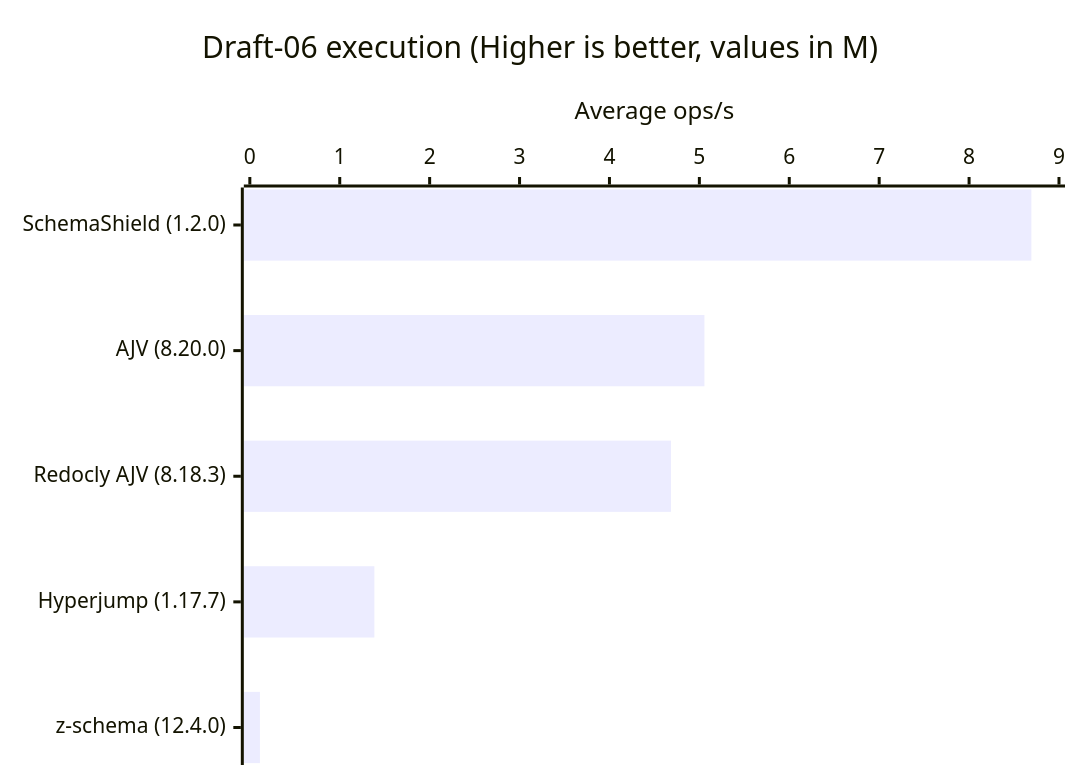
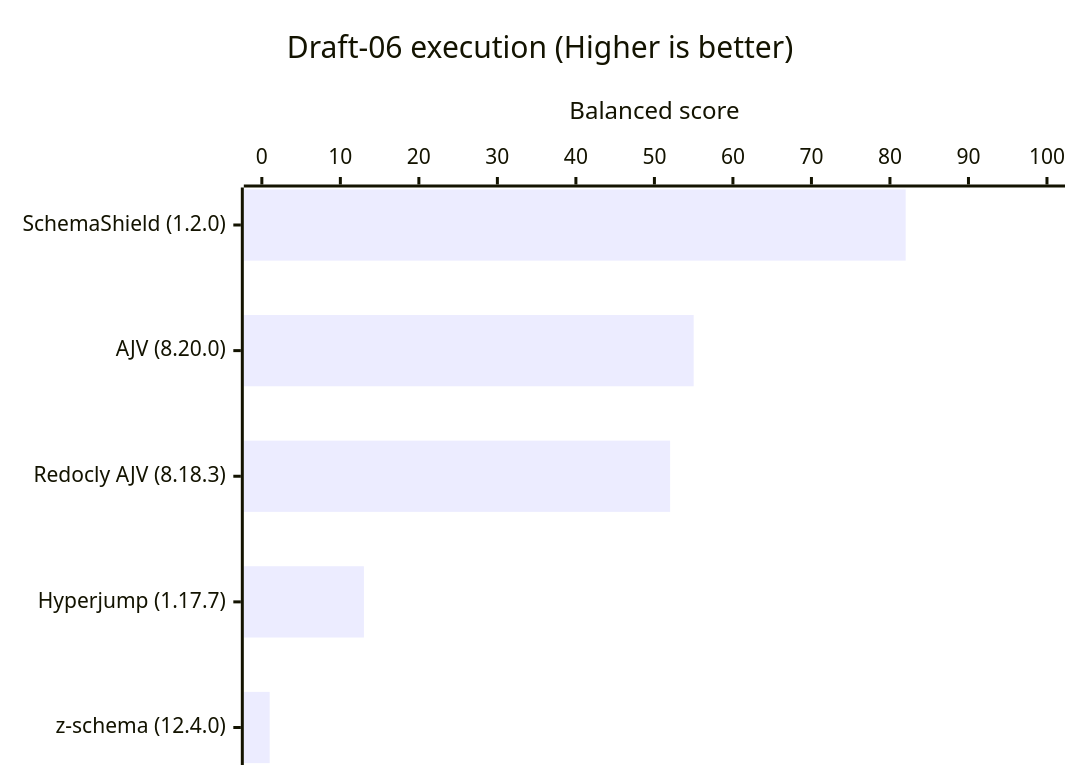
The third of 8 diagrams in README.md (Masquerade-Circus/json-schema-validator-bench), drawn with Mermaid before and after one commit. The commit also changed other lines of this file and 428 other files, not shown here.

````diff
--- a/README.md
+++ b/README.md
@@ -140,7 +148,7 @@
 ```mermaid
 xychart horizontal
-    title "Draft-06 execution (Higher is better, values in M)"
+    title "Draft-06 execution (Higher is better)"
     x-axis ["SchemaShield (1.2.0)", "AJV (8.20.0)", "Redocly AJV (8.18.3)", "Hyperjump (1.17.7)", "z-schema (12.4.0)"]
-    y-axis "Average ops/s" 0 --> 9
-    bar [8.693, 5.056, 4.684, 1.385, 0.112]
+    y-axis "Balanced score" 0 --> 100
+    bar [82, 55, 52, 13, 1]
 ```
````
